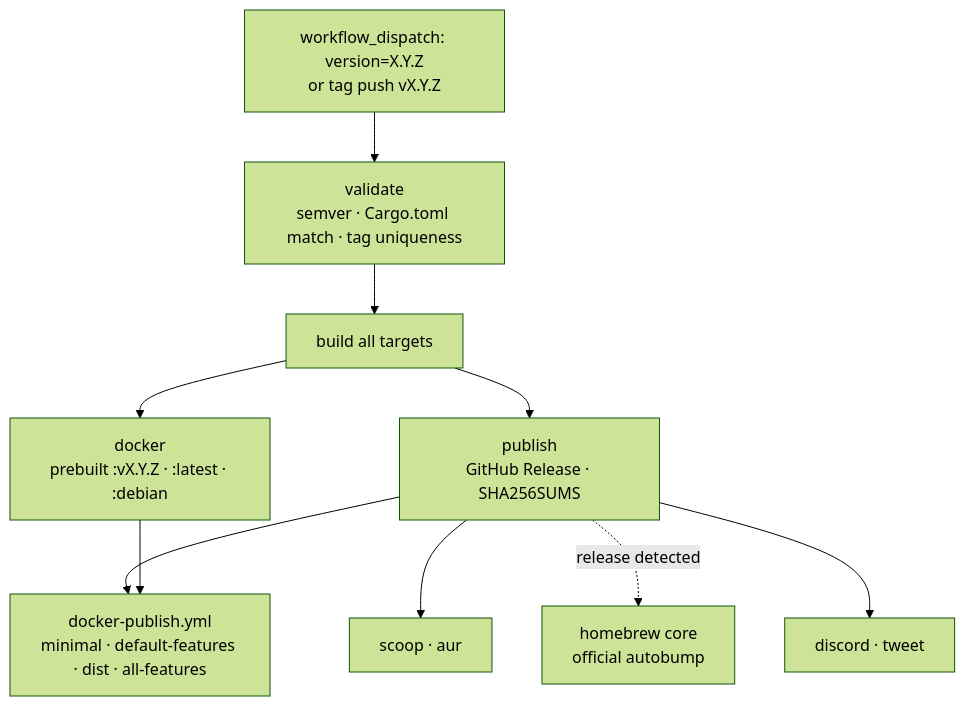
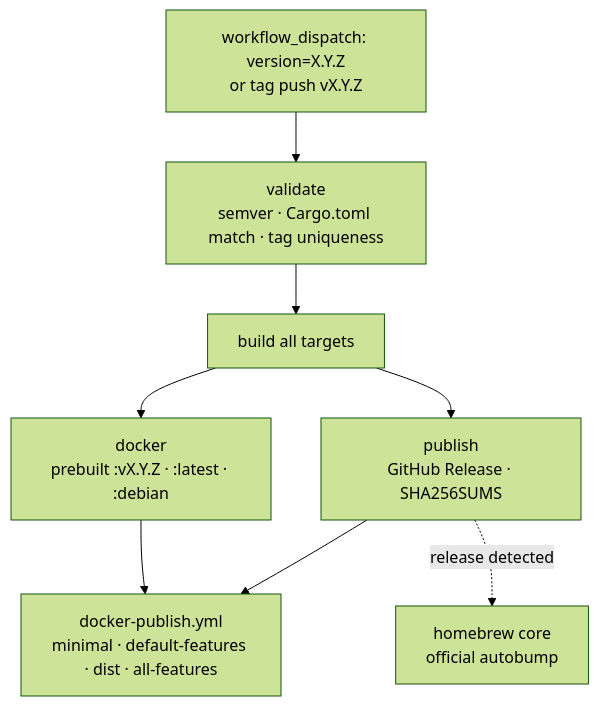
One commit to kckylechen1/zeroclaw changed the second of 2 diagrams in .github/workflows/master-branch-flow.md. Above: the diagram before and after it, drawn with Mermaid (forest theme). The commit also changed other lines of this file and 60 other files, not shown here.

````diff
--- a/.github/workflows/master-branch-flow.md
+++ b/.github/workflows/master-branch-flow.md
@@ -144,11 +143,9 @@
 ```mermaid
 flowchart TD
   A["workflow_dispatch: version=X.Y.Z\nor tag push vX.Y.Z"] --> V["validate\nsemver · Cargo.toml match · tag uniqueness"]
   V --> BLD["build all targets"]
   BLD --> PUB["publish\nGitHub Release · SHA256SUMS"]
   BLD --> DOC["docker\nprebuilt :vX.Y.Z · :latest · :debian"]
   PUB & DOC --> MATRIX["docker-publish.yml\nminimal · default-features · dist · all-features"]
-  PUB --> DIST["scoop · aur"]
   PUB -. release detected .-> HB["homebrew core\nofficial autobump"]
-  PUB --> ANN["discord · tweet"]
 ```
````
